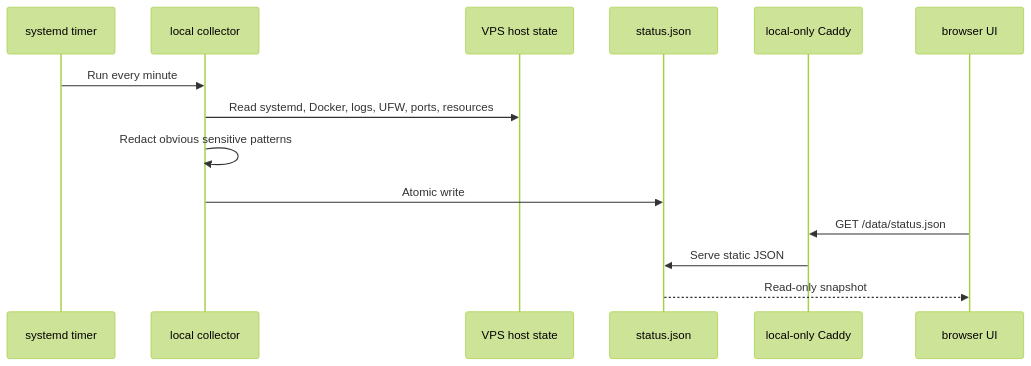
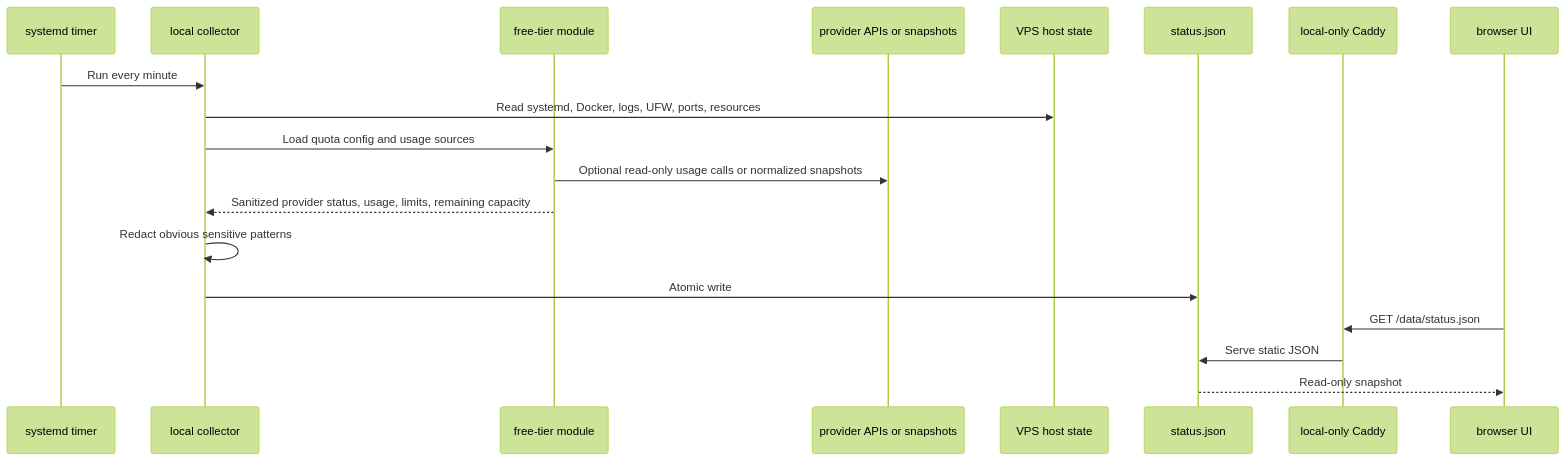
One commit to ramideltoro/nutsnews-docs changed the third of 8 diagrams in NUTSNEWS_OPERATIONS_PORTAL_V1.md. Above: the diagram before and after it, drawn with Mermaid (forest theme). The commit also changed other lines of this file, not shown here.

Commit message:
Document Ops Portal free-tier usage

````diff
--- a/NUTSNEWS_OPERATIONS_PORTAL_V1.md
+++ b/NUTSNEWS_OPERATIONS_PORTAL_V1.md
@@ -184,17 +201,22 @@
 ```mermaid
 sequenceDiagram
   participant Timer as systemd timer
   participant Collector as local collector
+  participant FreeTier as free-tier module
+  participant Providers as provider APIs or snapshots
   participant Host as VPS host state
   participant JSON as status.json
   participant Caddy as local-only Caddy
   participant UI as browser UI
 
   Timer->>Collector: Run every minute
   Collector->>Host: Read systemd, Docker, logs, UFW, ports, resources
+  Collector->>FreeTier: Load quota config and usage sources
+  FreeTier->>Providers: Optional read-only usage calls or normalized snapshots
+  FreeTier-->>Collector: Sanitized provider status, usage, limits, remaining capacity
   Collector->>Collector: Redact obvious sensitive patterns
   Collector->>JSON: Atomic write
   UI->>Caddy: GET /data/status.json
   Caddy->>JSON: Serve static JSON
   JSON-->>UI: Read-only snapshot
 ```
````
